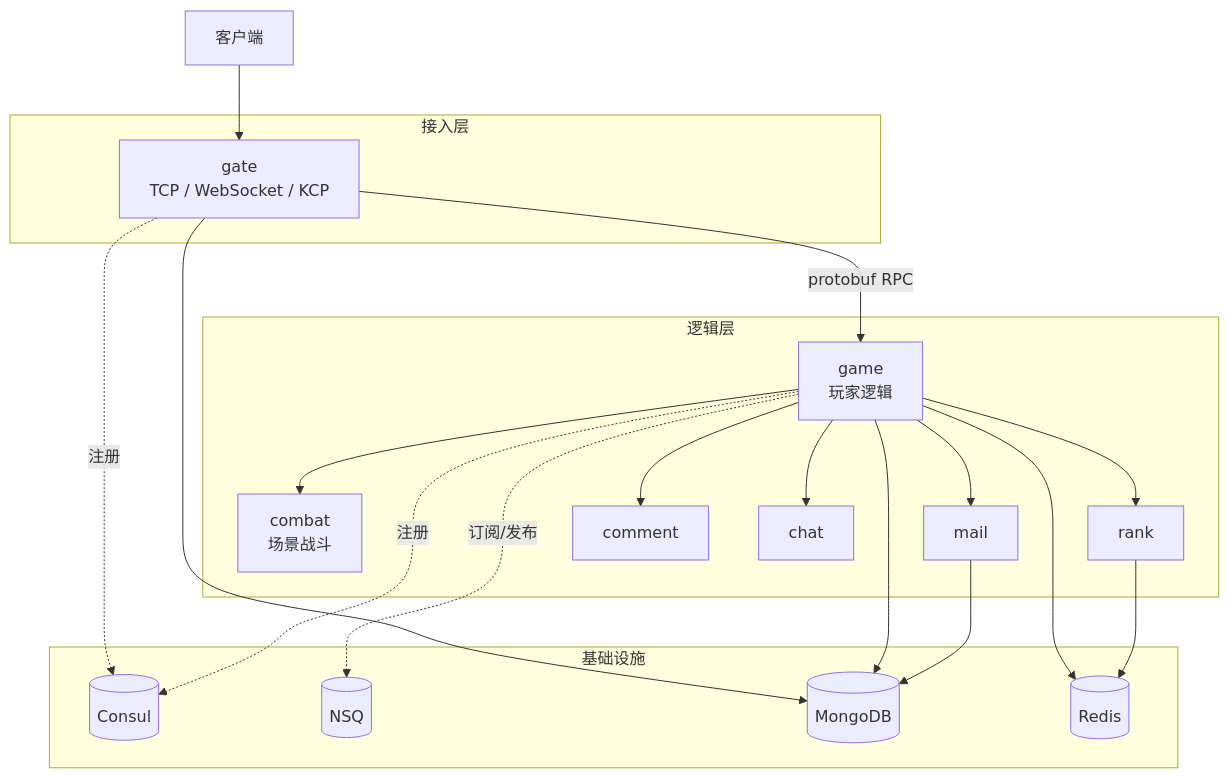
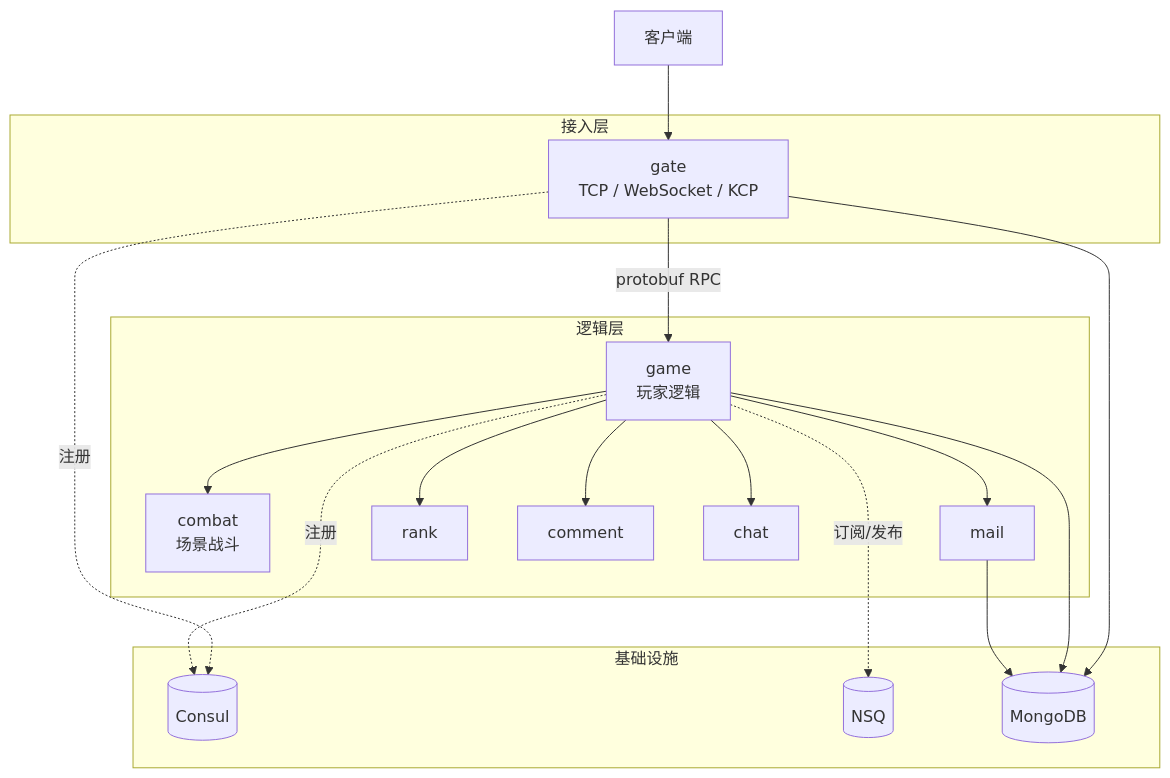
Before and after one commit to east-eden/server: the first of 4 diagrams in docs/organize_graph.md, drawn with Mermaid. The commit also changed other lines of this file and 10 other files, not shown here.

````diff
--- a/docs/organize_graph.md
+++ b/docs/organize_graph.md
@@ -5,41 +5,38 @@
 ```mermaid
 graph TB
     subgraph 接入层
         Gate[gate<br/>TCP / WebSocket / KCP]
     end
 
     subgraph 逻辑层
         Game[game<br/>玩家逻辑]
         Combat[combat<br/>场景战斗]
         Mail[mail]
         Rank[rank]
         Comment[comment]
         Chat[chat]
     end
 
     subgraph 基础设施
         Consul[(Consul)]
         NSQ[(NSQ)]
         Mongo[(MongoDB)]
-        Redis[(Redis)]
     end
 
     Client[客户端] --> Gate
     Gate -->|protobuf RPC| Game
     Game --> Combat
     Game --> Mail
     Game --> Rank
     Game --> Comment
     Game --> Chat
 
     Gate -.注册.-> Consul
     Game -.注册.-> Consul
     Game -. 订阅/发布 .-> NSQ
 
     Gate --> Mongo
     Game --> Mongo
     Mail --> Mongo
 
-    Game --> Redis
-    Rank --> Redis
 ```
````
